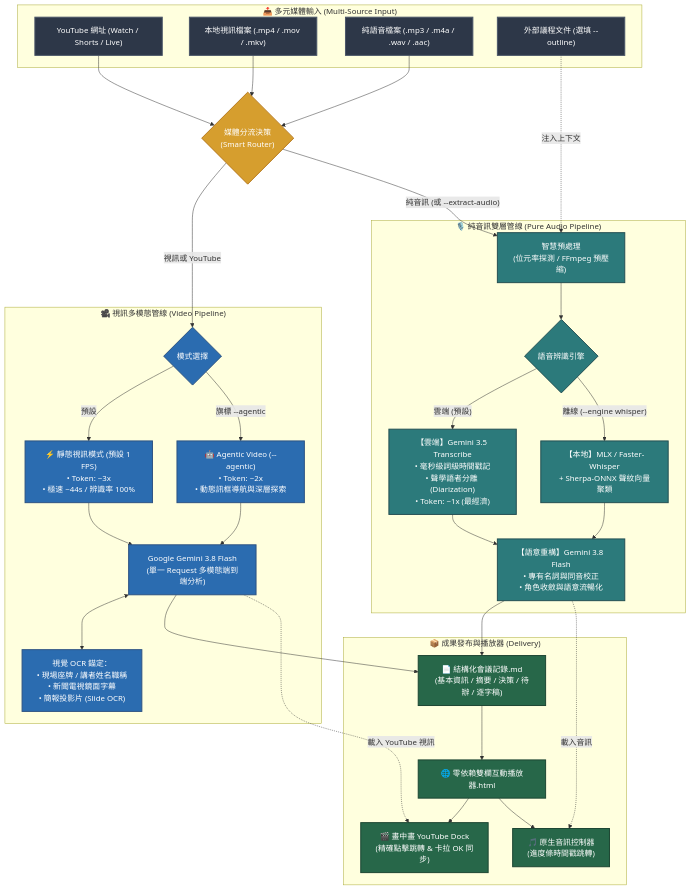
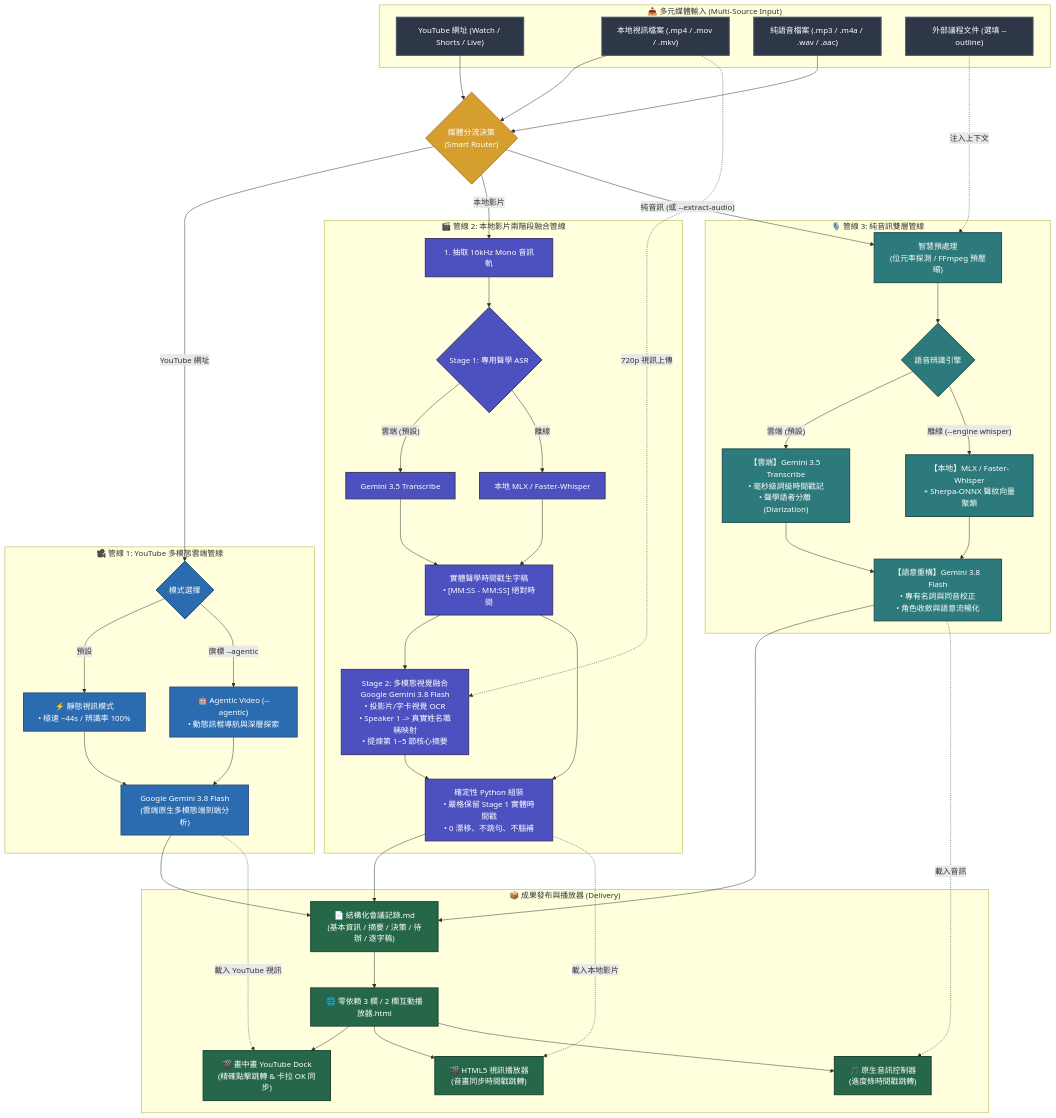
Before and after one commit to sylphlin/meeting-transcribe-agent: the diagram in README.zh-TW.md, drawn with Mermaid. The commit also changed other lines of this file and 11 other files, not shown here.

Commit message:
feat: implement two-stage fusion pipeline for local video transcription

````diff
--- a/README.zh-TW.md
+++ b/README.zh-TW.md
@@ -127,6 +132,7 @@
     classDef inputStyle fill:#2D3748,stroke:#4A5568,stroke-width:2px,color:#fff;
     classDef routerStyle fill:#D69E2E,stroke:#B7791F,stroke-width:2px,color:#fff;
     classDef videoStyle fill:#2B6CB0,stroke:#2C5282,stroke-width:2px,color:#fff;
+    classDef fusionStyle fill:#4C51BF,stroke:#3C366B,stroke-width:2px,color:#fff;
     classDef audioStyle fill:#2C7A7B,stroke:#234E52,stroke-width:2px,color:#fff;
     classDef outputStyle fill:#276749,stroke:#1C4532,stroke-width:2px,color:#fff;
 
@@ -143,22 +149,40 @@
     V --> Router
     A --> Router
 
-    subgraph VideoTrack["🎥 視訊多模態管線 (Video Pipeline)"]
-        VMode{"模式選擇"}:::videoStyle
-        Static["⚡ 靜態視訊模式 (預設 1 FPS)<br>• Token: ~3x<br>• 極速 ~44s / 辨識率 100%"]:::videoStyle
-        Agentic["🤖 Agentic Video (--agentic)<br>• Token: ~2x<br>• 動態訊框導航與深層探索"]:::videoStyle
-        GeminiFlash["Google Gemini 3.8 Flash<br>(單一 Request 多模態端到端分析)"]:::videoStyle
-        VisionOCR["視覺 OCR 錨定：<br>• 現場座牌 / 講者姓名職稱<br>• 新聞電視鏡面字幕<br>• 簡報投影片 (Slide OCR)"]:::videoStyle
+    subgraph YouTubeTrack["🎥 管線 1: YouTube 多模態雲端管線"]
+        YMode{"模式選擇"}:::videoStyle
+        Static["⚡ 靜態視訊模式<br>• 極速 ~44s / 辨識率 100%"]:::videoStyle
+        Agentic["🤖 Agentic Video (--agentic)<br>• 動態訊框導航與深層探索"]:::videoStyle
+        GeminiFlash["Google Gemini 3.8 Flash<br>(雲端原生多模態端到端分析)"]:::videoStyle
 
-        VMode -- "預設" --> Static --> GeminiFlash
-        VMode -- "旗標 --agentic" --> Agentic --> GeminiFlash
-        GeminiFlash <--> VisionOCR
+        YMode -- "預設" --> Static --> GeminiFlash
+        YMode -- "旗標 --agentic" --> Agentic --> GeminiFlash
     end
 
-    subgraph AudioTrack["🎙️ 純音訊雙層管線 (Pure Audio Pipeline)"]
+    subgraph LocalVideoTrack["🎬 管線 2: 本地影片兩階段融合管線"]
+        ExtractAudio["1. 抽取 16kHz Mono 音訊軌"]:::fusionStyle
+        VideoASR{"Stage 1: 專用聲學 ASR"}:::fusionStyle
+        ASR_Gemini["Gemini 3.5 Transcribe"]:::fusionStyle
+        ASR_Whisper["本地 MLX / Faster-Whisper"]:::fusionStyle
+        RawTranscript["實體聲學時間戳生字稿<br>• [MM:SS - MM:SS] 絕對時間"]:::fusionStyle
+        
+        ExtractAudio --> VideoASR
+        VideoASR -- "雲端 (預設)" --> ASR_Gemini --> RawTranscript
+        VideoASR -- "離線" --> ASR_Whisper --> RawTranscript
+
+        Stage2["Stage 2: 多模態視覺融合<br>Google Gemini 3.8 Flash<br>• 投影片/字卡視覺 OCR<br>• Speaker 1 -> 真實姓名職稱映射<br>• 提煉第 1~5 節核心摘要"]:::fusionStyle
+        RawTranscript --> Stage2
+        V -. "720p 視訊上傳" .-> Stage2
+
+        Deterministic["確定性 Python 組裝<br>• 嚴格保留 Stage 1 實體時間戳<br>• 0 漂移、不跳句、不腦補"]:::fusionStyle
+        Stage2 --> Deterministic
+        RawTranscript --> Deterministic
+    end
+
+    subgraph AudioTrack["🎙️ 管線 3: 純音訊雙層管線"]
         Ingest["智慧預處理<br>(位元率探測 / FFmpeg 預壓縮)"]:::audioStyle
         ASREngine{"語音辨識引擎"}:::audioStyle
-        GTranscribe["【雲端】Gemini 3.5 Transcribe<br>• 毫秒級詞級時間戳記<br>• 聲學語者分離 (Diarization)<br>• Token: ~1x (最經濟)"]:::audioStyle
+        GTranscribe["【雲端】Gemini 3.5 Transcribe<br>• 毫秒級詞級時間戳記<br>• 聲學語者分離 (Diarization)"]:::audioStyle
         OfflineWhisper["【本地】MLX / Faster-Whisper<br>+ Sherpa-ONNX 聲紋向量聚類"]:::audioStyle
         Restructure["【語意重構】Gemini 3.8 Flash<br>• 專有名詞與同音校正<br>• 角色收斂與語意流暢化"]:::audioStyle
 
@@ -168,22 +192,27 @@
         O -. 注入上下文 .-> Ingest
     end
 
-    Router -- "視訊或 YouTube" --> VMode
+    Router -- "YouTube 網址" --> YMode
+    Router -- "本地影片" --> ExtractAudio
     Router -- "純音訊 (或 --extract-audio)" --> Ingest
 
     subgraph Delivery["📦 成果發布與播放器 (Delivery)"]
         MD["📄 結構化會議記錄.md<br>(基本資訊 / 摘要 / 決策 / 待辦 / 逐字稿)"]:::outputStyle
-        HTML["🌐 零依賴雙欄互動播放器.html"]:::outputStyle
+        HTML["🌐 零依賴 3 欄 / 2 欄互動播放器.html"]:::outputStyle
         YTDock["🎬 畫中畫 YouTube Dock<br>(精確點擊跳轉 & 卡拉 OK 同步)"]:::outputStyle
+        VPlayer["🎬 HTML5 視訊播放器<br>(音畫同步時間戳跳轉)"]:::outputStyle
         AudioPlayer["🎵 原生音訊控制器<br>(進度條時間戳跳轉)"]:::outputStyle
 
         MD --> HTML
         HTML --> YTDock
+        HTML --> VPlayer
         HTML --> AudioPlayer
     end
 
     GeminiFlash --> MD
     GeminiFlash -. 載入 YouTube 視訊 .-> YTDock
+    Deterministic --> MD
+    Deterministic -. 載入本地影片 .-> VPlayer
     Restructure --> MD
     Restructure -. 載入音訊 .-> AudioPlayer
 ```
````
